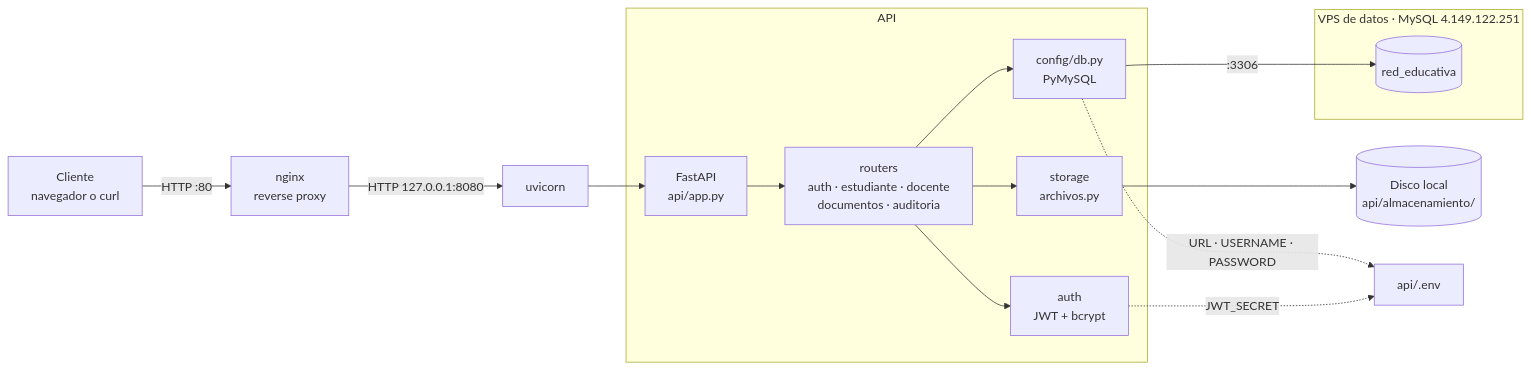
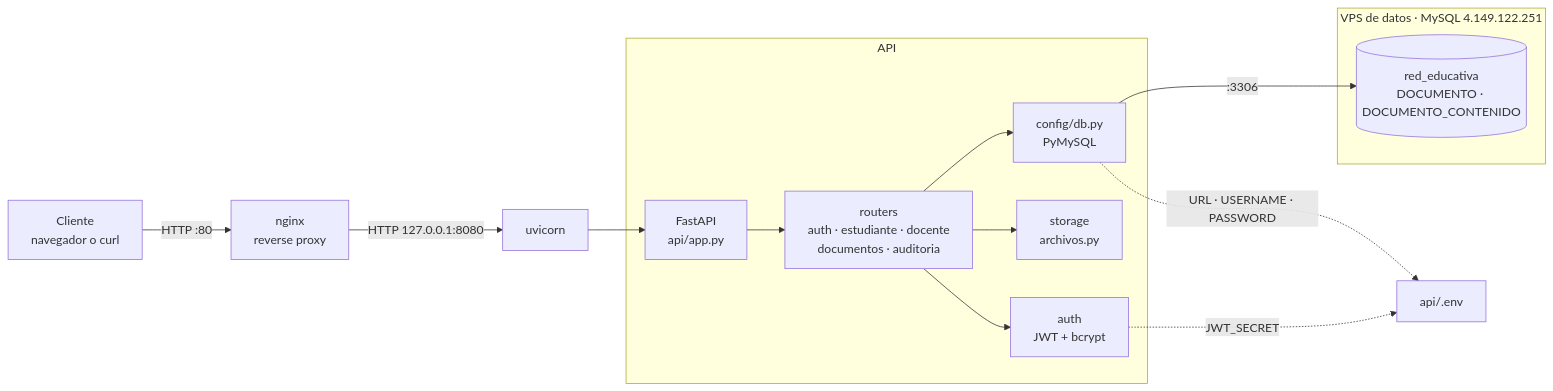
Before and after one commit to pollitoconpapass/red_educativa_proyecto: the first of 3 diagrams in docs/diseno_api.md, drawn with Mermaid. The commit also changed other lines of this file and 10 other files, not shown here.

````diff
--- a/docs/diseno_api.md
+++ b/docs/diseno_api.md
@@ -30,22 +30,21 @@
 ```mermaid
 flowchart LR
     C[Cliente<br/>navegador o curl] -->|HTTP :80| N[nginx<br/>reverse proxy]
     N -->|HTTP 127.0.0.1:8080| U[uvicorn]
     U --> F[FastAPI<br/>api/app.py]
 
     subgraph API
         F --> R[routers<br/>auth · estudiante · docente<br/>documentos · auditoria]
         R --> A[auth<br/>JWT + bcrypt]
         R --> S[storage<br/>archivos.py]
         R --> D[config/db.py<br/>PyMySQL]
     end
 
     subgraph DATOS["VPS de datos · MySQL 4.149.122.251"]
-        M[(red_educativa)]
+        M[(red_educativa<br/>DOCUMENTO · DOCUMENTO_CONTENIDO)]
     end
 
     D -->|:3306| M
-    S --> L[(Disco local<br/>api/almacenamiento/)]
     A -.->|JWT_SECRET| E[api/.env]
     D -.->|URL · USERNAME · PASSWORD| E
 ```
````
